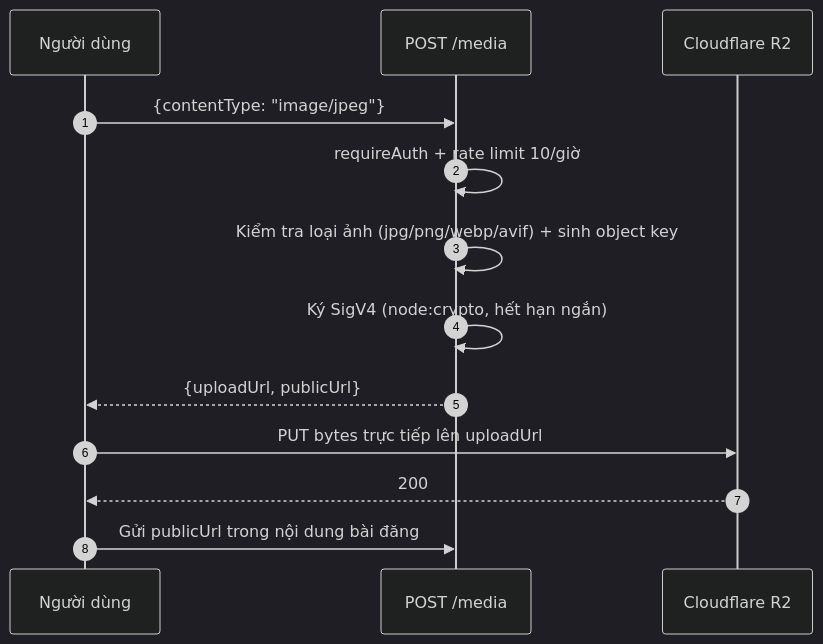
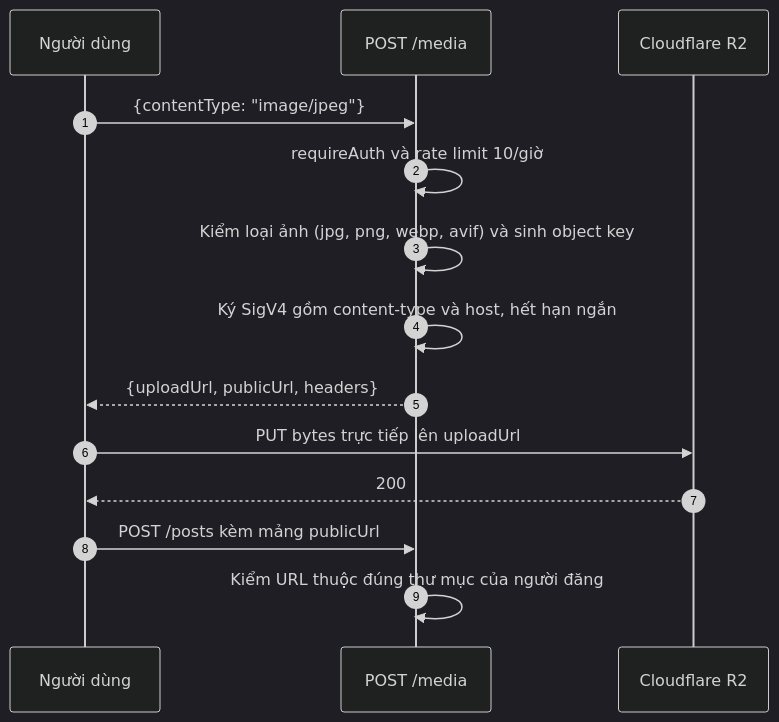
Before and after one commit to longqt321/Rendez-PBL6: diagram 11 of 14 in docs/bao-cao/BAO-CAO-DO-AN.md, drawn with Mermaid (dark theme). The commit also changed other lines of this file, not shown here.

````diff
--- a/docs/bao-cao/BAO-CAO-DO-AN.md
+++ b/docs/bao-cao/BAO-CAO-DO-AN.md
@@ -588,16 +659,17 @@
 ```mermaid
 sequenceDiagram
   autonumber
   participant U as Người dùng
   participant API as POST /media
   participant R2 as Cloudflare R2
 
   U->>API: {contentType: "image/jpeg"}
-  API->>API: requireAuth + rate limit 10/giờ
-  API->>API: Kiểm tra loại ảnh (jpg/png/webp/avif) + sinh object key
-  API->>API: Ký SigV4 (node:crypto, hết hạn ngắn)
-  API-->>U: {uploadUrl, publicUrl}
+  API->>API: requireAuth và rate limit 10/giờ
+  API->>API: Kiểm loại ảnh (jpg, png, webp, avif) và sinh object key
+  API->>API: Ký SigV4 gồm content-type và host, hết hạn ngắn
+  API-->>U: {uploadUrl, publicUrl, headers}
   U->>R2: PUT bytes trực tiếp lên uploadUrl
   R2-->>U: 200
-  U->>API: Gửi publicUrl trong nội dung bài đăng
+  U->>API: POST /posts kèm mảng publicUrl
+  API->>API: Kiểm URL thuộc đúng thư mục của người đăng
 ```
````
